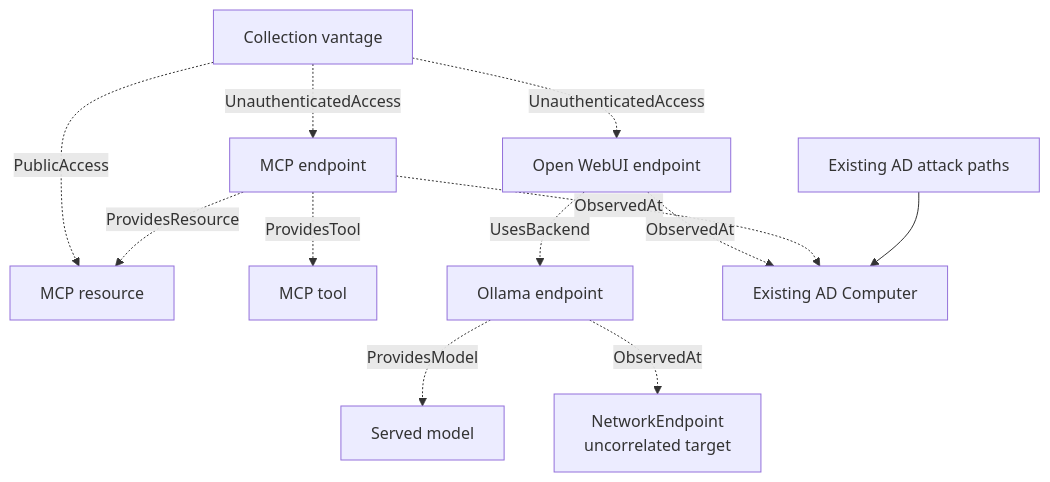
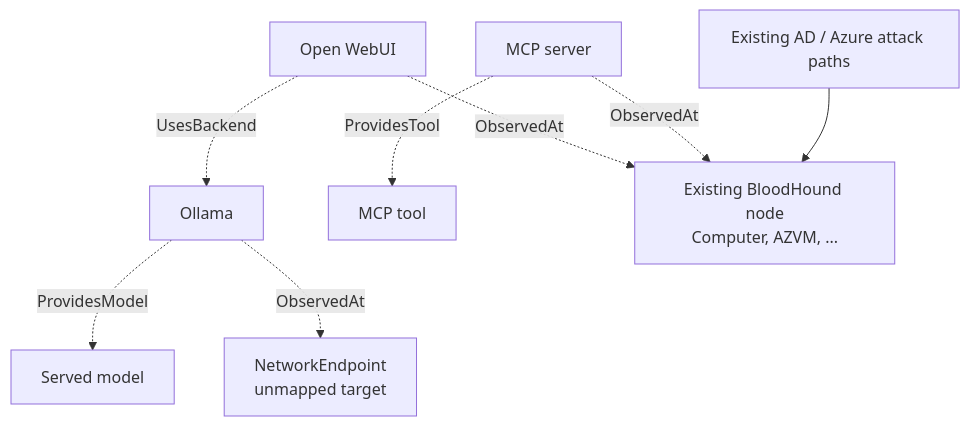
Before and after one commit to 0x3df/LLMHound: the diagram in docs/reference/graph-model.md, drawn with Mermaid. The commit also changed other lines of this file and 8 other files, not shown here.

````diff
--- a/docs/reference/graph-model.md
+++ b/docs/reference/graph-model.md
@@ -43,14 +34,10 @@
 ```mermaid
 graph TD
-    V[Collection vantage] -. UnauthenticatedAccess .-> W[Open WebUI endpoint]
-    V -. UnauthenticatedAccess .-> M[MCP endpoint]
-    V -. PublicAccess .-> R[MCP resource]
-    M -. ProvidesResource .-> R
-    M -. ProvidesTool .-> T[MCP tool]
-    W -. UsesBackend .-> O[Ollama endpoint]
+    W[Open WebUI] -. UsesBackend .-> O[Ollama]
     O -. ProvidesModel .-> AI[Served model]
-    W -. ObservedAt .-> C[Existing AD Computer]
+    M[MCP server] -. ProvidesTool .-> T[MCP tool]
+    W -. ObservedAt .-> C[Existing BloodHound node<br/>Computer, AZVM, ...]
     M -. ObservedAt .-> C
-    O -. ObservedAt .-> N[NetworkEndpoint<br/>uncorrelated target]
-    AD[Existing AD attack paths] --> C
+    O -. ObservedAt .-> N[NetworkEndpoint<br/>unmapped target]
+    AD[Existing AD / Azure attack paths] --> C
 ```
````
